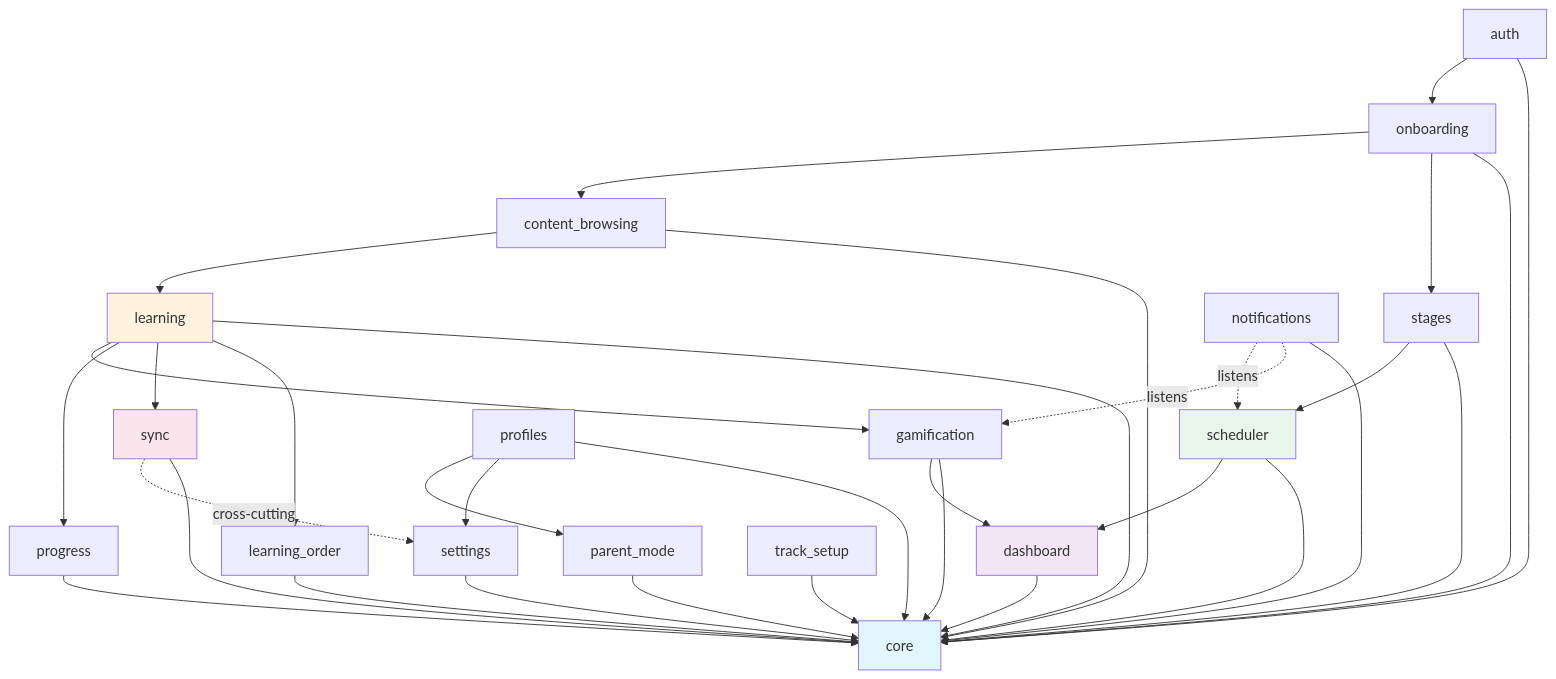
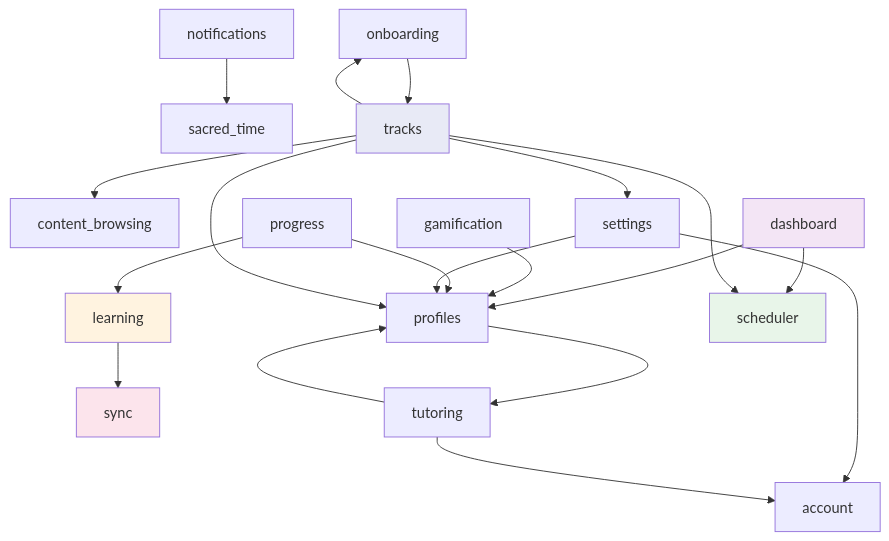
Before and after one commit to dniasoff/learning-tracker: the second of 4 diagrams in docs/architecture.md, drawn with Mermaid. The commit also changed other lines of this file and 34 other files, not shown here.

````diff
--- a/docs/architecture.md
+++ b/docs/architecture.md
@@ -237,49 +240,43 @@
 ```mermaid
 graph TD
-    core["core"]
+    account["account"]
+    content_browsing["content_browsing"]
+    dashboard["dashboard"]
+    gamification["gamification"]
+    learning["learning"]
+    notifications["notifications"]
+    onboarding["onboarding"]
+    profiles["profiles"]
+    progress["progress"]
+    sacred_time["sacred_time"]
+    scheduler["scheduler"]
+    settings["settings"]
+    sync["sync"]
+    tracks["tracks"]
+    tutoring["tutoring"]
 
-    auth --> onboarding
-    onboarding --> content_browsing
-    onboarding --> stages
+    dashboard --> profiles
+    dashboard --> scheduler
+    gamification --> profiles
+    learning --> sync
+    notifications --> sacred_time
+    onboarding --> tracks
+    profiles --> tutoring
+    progress --> learning
+    progress --> profiles
+    settings --> account
+    settings --> profiles
+    tracks --> content_browsing
+    tracks --> onboarding
+    tracks --> profiles
+    tracks --> scheduler
+    tracks --> settings
+    tutoring --> account
+    tutoring --> profiles
 
-    content_browsing --> learning
-    learning --> gamification
-    learning --> progress
-    learning --> sync
-    learning --> learning_order
-
-    stages --> scheduler
-    scheduler --> dashboard
-    gamification --> dashboard
-
-    profiles --> parent_mode
-    profiles --> settings
-
-    notifications -. listens .-> scheduler
-    notifications -. listens .-> gamification
-
-    sync -. cross-cutting .-> settings
-
-    auth --> core
-    onboarding --> core
-    content_browsing --> core
-    learning --> core
-    gamification --> core
-    progress --> core
-    scheduler --> core
-    dashboard --> core
-    profiles --> core
-    parent_mode --> core
-    settings --> core
-    stages --> core
-    sync --> core
-    notifications --> core
-    learning_order --> core
-    track_setup --> core
-
-    style core fill:#e1f5fe
     style learning fill:#fff3e0
     style sync fill:#fce4ec
     style scheduler fill:#e8f5e9
     style dashboard fill:#f3e5f5
+    style tracks fill:#e8eaf6
 ```
````
